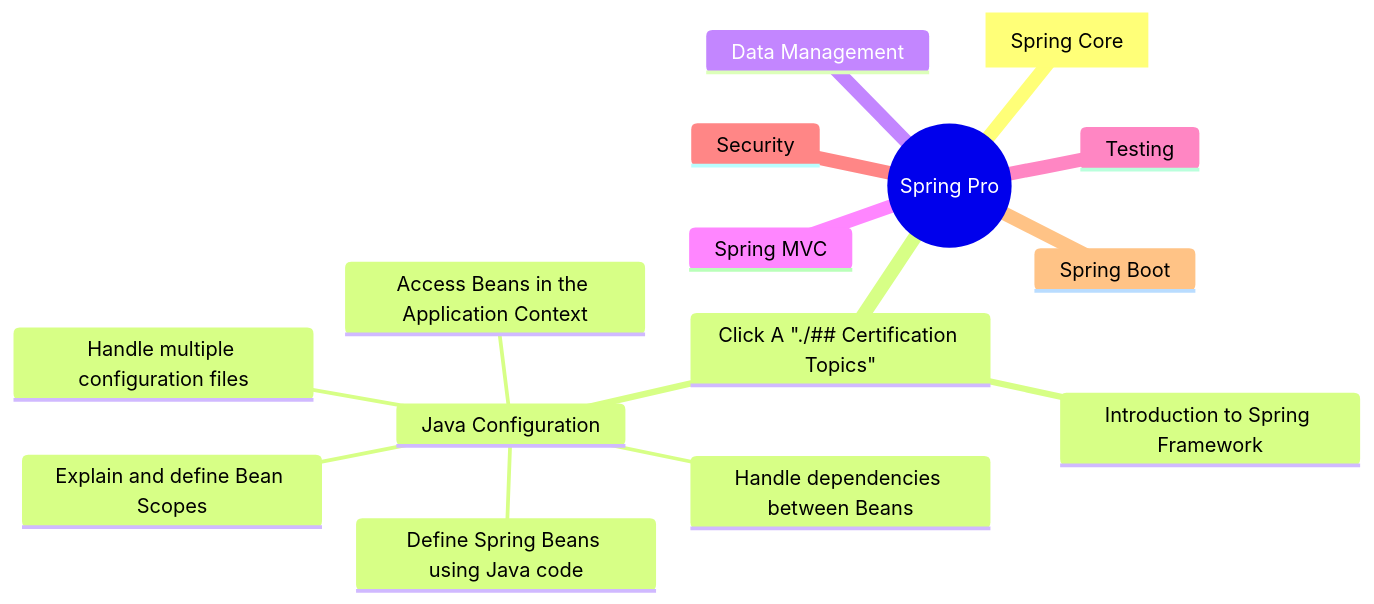
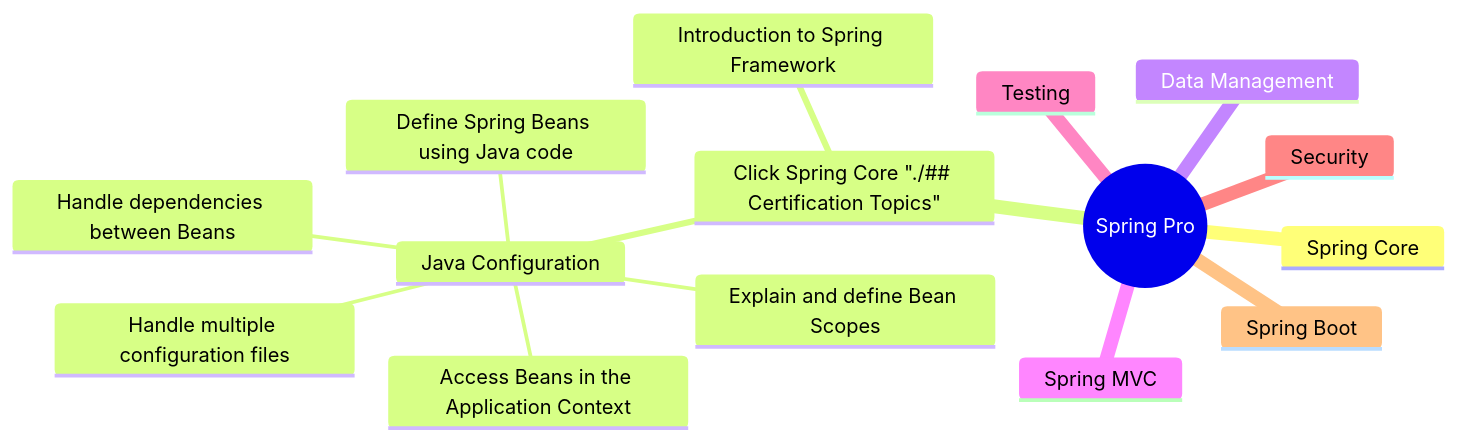
One commit to jrsmth/spring changed the first of 2 diagrams in content/spring-certified-pro/00-master/README.md. Above: the diagram before and after it, drawn with Mermaid.

Commit message:
[SCP-0] Revision set-up

````diff
--- a/content/spring-certified-pro/00-master/README.md
+++ b/content/spring-certified-pro/00-master/README.md
@@ -7,18 +7,18 @@
 ```mermaid
 mindmap
   root((Spring Pro))
-    A[Spring Core]
-    Click A "./## Certification Topics"
+    Spring Core
+    Click Spring Core "./## Certification Topics"
       Introduction to Spring Framework
       Java Configuration
         Define Spring Beans using Java code
         Access Beans in the Application Context
         Handle multiple configuration files
         Handle dependencies between Beans
         Explain and define Bean Scopes
     Data Management
     Spring MVC
     Testing
     Security
     Spring Boot
 ```
````
